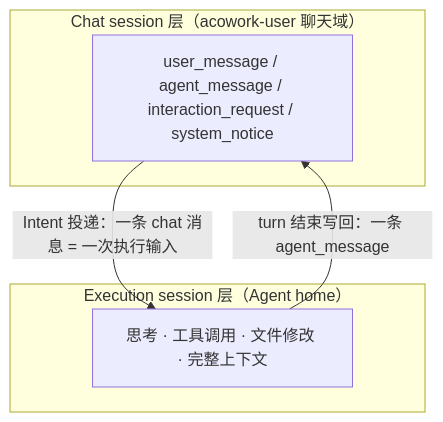
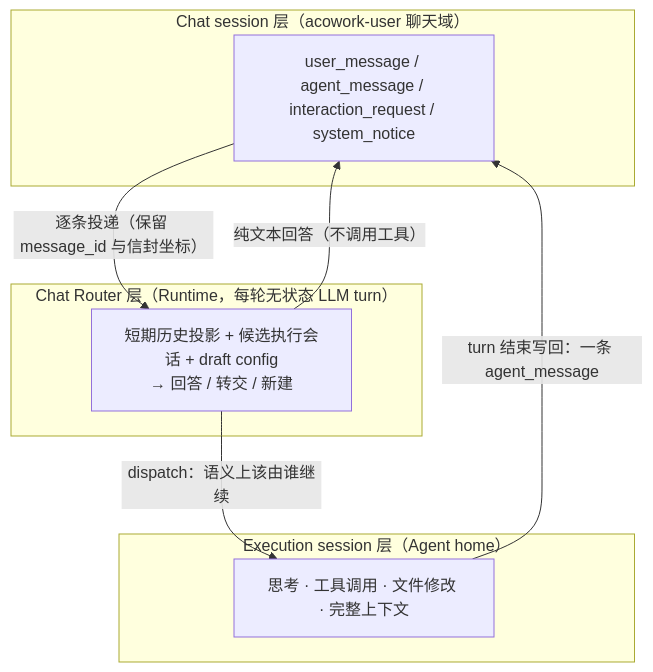
The fourth of 10 diagrams in docs/design/zh/27-intent-messaging-and-group-chat.md (acowork/acowork), drawn with Mermaid before and after one commit. The commit also changed other lines of this file and 3 other files, not shown here.

Commit message:
docs(design): add chat session context orchestration design and freeze the router contract in design 27 (ADR-099)

````diff
--- a/docs/design/zh/27-intent-messaging-and-group-chat.md
+++ b/docs/design/zh/27-intent-messaging-and-group-chat.md
@@ -79,11 +81,16 @@
 ```mermaid
 graph TB
     subgraph CHAT["Chat session 层（acowork-user 聊天域）"]
         A["user_message / agent_message / interaction_request / system_notice"]
     end
+    subgraph ROUTER["Chat Router 层（Runtime，每轮无状态 LLM turn）"]
+        R["短期历史投影 + 候选执行会话 + draft config<br/>→ 回答 / 转交 / 新建"]
+    end
     subgraph EXEC["Execution session 层（Agent home）"]
         B["思考 · 工具调用 · 文件修改 · 完整上下文"]
     end
-    A -->|"Intent 投递：一条 chat 消息 = 一次执行输入"| B
+    A -->|"逐条投递（保留 message_id 与信封坐标）"| R
+    R -->|"dispatch：语义上该由谁继续"| B
+    R -->|"纯文本回答（不调用工具）"| A
     B -->|"turn 结束写回：一条 agent_message"| A
 ```
````
